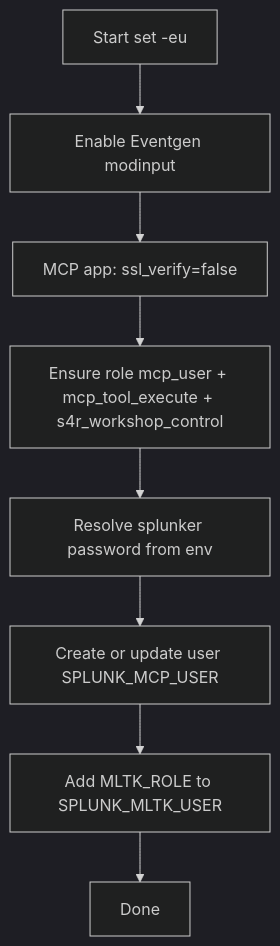
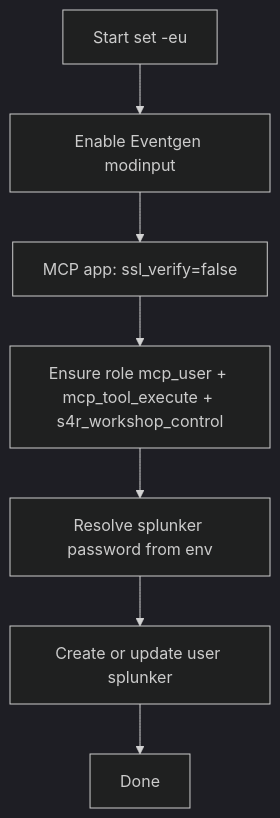
Before and after one commit to dd-Splunk/splunk-mcp: the second of 2 diagrams in docs/poc/CONFIGURATION.md, drawn with Mermaid (dark theme). The commit also changed other lines of this file and 22 other files, not shown here.

````diff
--- a/docs/poc/CONFIGURATION.md
+++ b/docs/poc/CONFIGURATION.md
@@ -352,10 +343,9 @@
 ```mermaid
 flowchart TD
   A[Start set -eu] --> B[Enable Eventgen modinput]
   B --> C[MCP app: ssl_verify=false]
   C --> D[Ensure role mcp_user + mcp_tool_execute + s4r_workshop_control]
   D --> E[Resolve splunker password from env]
-  E --> F[Create or update user SPLUNK_MCP_USER]
-  F --> D2[Add MLTK_ROLE to SPLUNK_MLTK_USER]
-  D2 --> K[Done]
+  E --> F[Create or update user splunker]
+  F --> K[Done]
 ```
````
